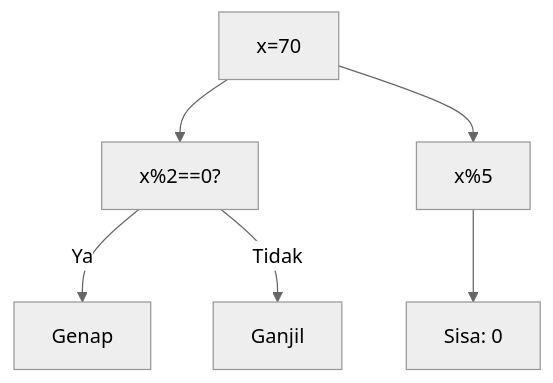
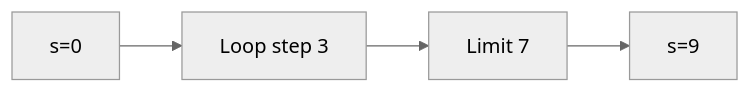
The ninth of 25 diagrams in part-c-pemahaman-cpp/03-perulangan/latihan/set-05.md (amnahwaida/OSNK_INF_PREP), drawn with Mermaid (neutral theme) before and after one commit. The commit also changed other lines of this file and 71 other files, not shown here.

````diff
--- a/part-c-pemahaman-cpp/03-perulangan/latihan/set-05.md
+++ b/part-c-pemahaman-cpp/03-perulangan/latihan/set-05.md
@@ -209,8 +237,6 @@
 ```mermaid
-graph TD
-A["x=70"] --> B["x%2==0?"]
-B -- Ya --> C["Genap"]
-B -- Tidak --> D["Ganjil"]
-A --> E["x%5"]
-E --> F["Sisa: 0"]
+graph LR
+A["s=0"] --> B["Loop step 3"]
+B --> C["Limit 7"]
+C --> D["s=9"]
 ```
````
